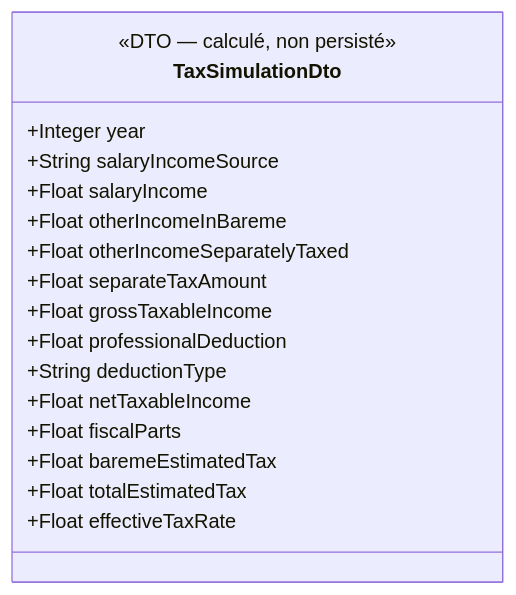
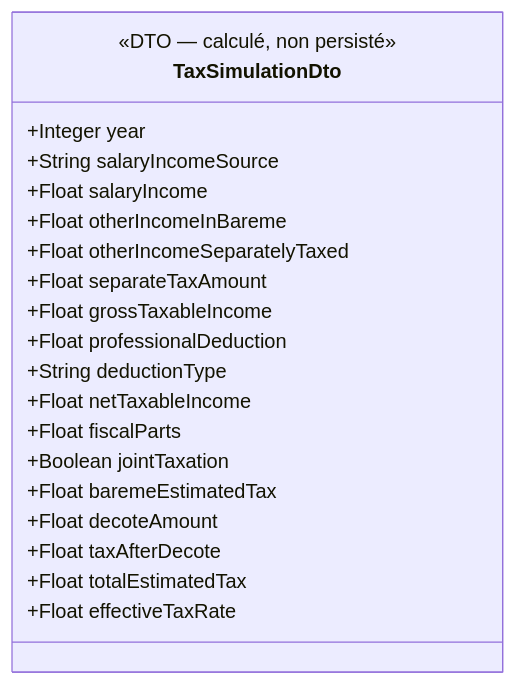
Before and after one commit to Neogost/MyFinance: the third of 3 diagrams in docs/architecture/tax-simulator.md, drawn with Mermaid. The commit also changed other lines of this file and 15 other files, not shown here.

````diff
--- a/docs/architecture/tax-simulator.md
+++ b/docs/architecture/tax-simulator.md
@@ -272,20 +346,23 @@
 ```mermaid
 classDiagram
     class TaxSimulationDto {
         <<DTO — calculé, non persisté>>
         +Integer year
         +String salaryIncomeSource
         +Float salaryIncome
         +Float otherIncomeInBareme
         +Float otherIncomeSeparatelyTaxed
         +Float separateTaxAmount
         +Float grossTaxableIncome
         +Float professionalDeduction
         +String deductionType
         +Float netTaxableIncome
         +Float fiscalParts
+        +Boolean jointTaxation
         +Float baremeEstimatedTax
+        +Float decoteAmount
+        +Float taxAfterDecote
         +Float totalEstimatedTax
         +Float effectiveTaxRate
     }
 ```
````
